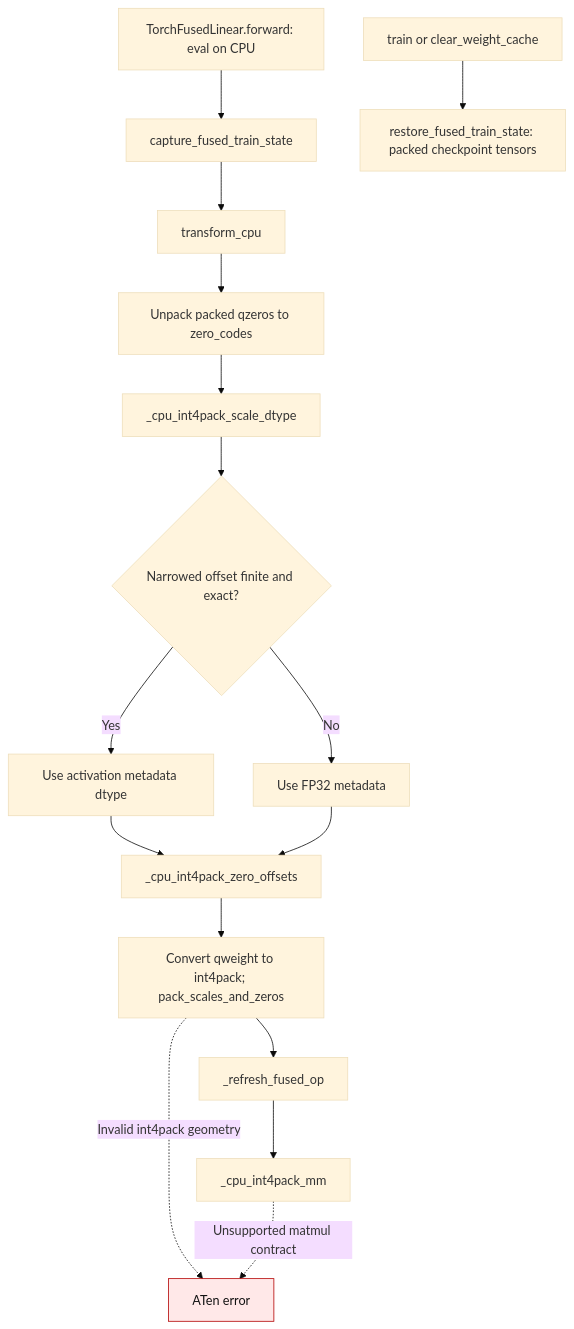
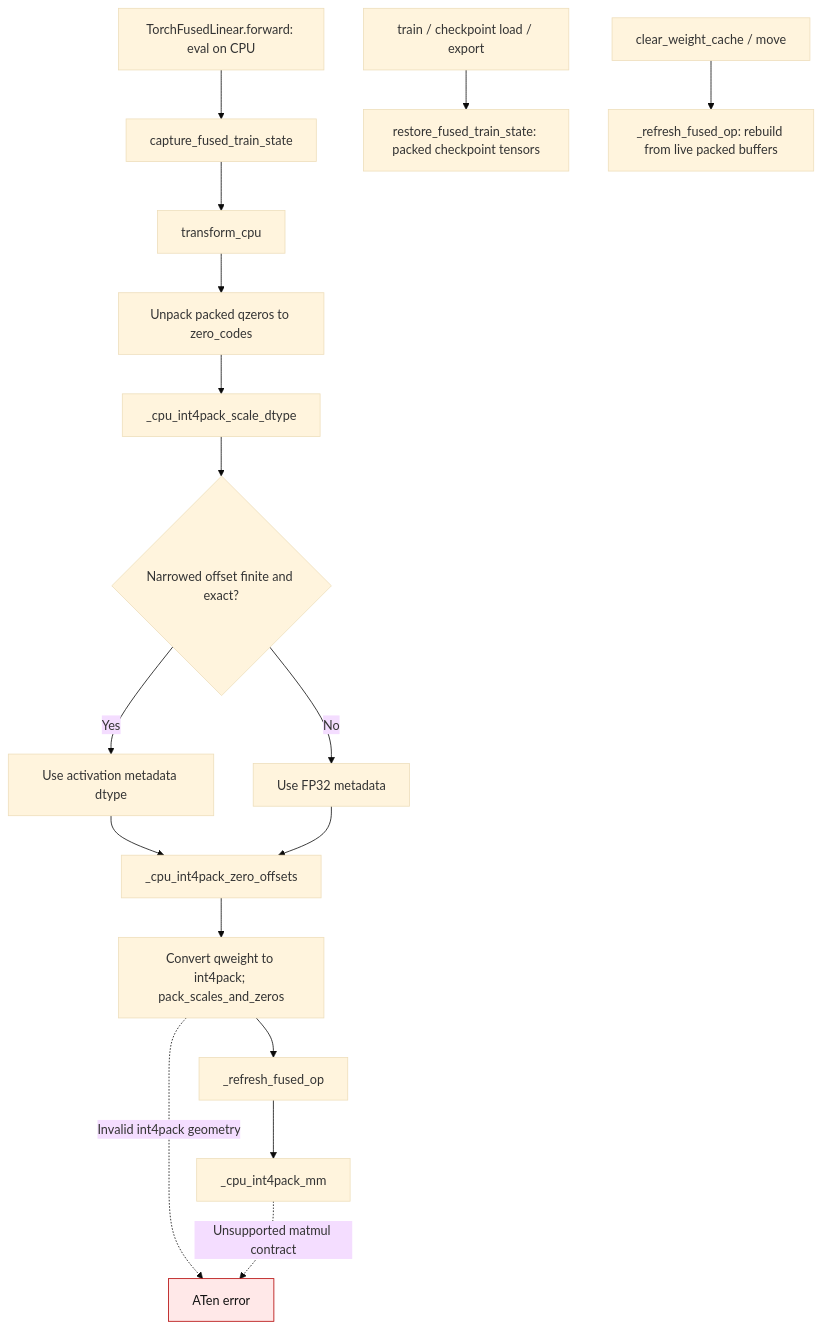
One commit to ModelCloud/GPTQModel changed the first of 5 diagrams in docs/torch_fused_int4_transformations.md. Above: the diagram before and after it, drawn with Mermaid (base theme). The commit also changed other lines of this file and 10 other files, not shown here.

First line of the commit message:
fix(cpu): keep packed buffers when clearing fused caches

````diff
--- a/docs/torch_fused_int4_transformations.md
+++ b/docs/torch_fused_int4_transformations.md
@@ -192,20 +192,21 @@
 ```mermaid
 flowchart TD
     A["TorchFusedLinear.forward: eval on CPU"] --> B["capture_fused_train_state"]
     B --> C["transform_cpu"]
     C --> D["Unpack packed qzeros to zero_codes"]
     D --> E["_cpu_int4pack_scale_dtype"]
     E --> F{"Narrowed offset finite and exact?"}
     F -- Yes --> G["Use activation metadata dtype"]
     F -- No --> H["Use FP32 metadata"]
     G --> I["_cpu_int4pack_zero_offsets"]
     H --> I
     I --> J["Convert qweight to int4pack; pack_scales_and_zeros"]
     J --> K["_refresh_fused_op"]
     K --> L["_cpu_int4pack_mm"]
     J -. Invalid int4pack geometry .-> X["ATen error"]
     L -. Unsupported matmul contract .-> X
-    M["train or clear_weight_cache"] --> N["restore_fused_train_state: packed checkpoint tensors"]
+    M["train / checkpoint load / export"] --> N["restore_fused_train_state: packed checkpoint tensors"]
+    O["clear_weight_cache / move"] --> P["_refresh_fused_op: rebuild from live packed buffers"]
     classDef failure fill:#ffe8e8,stroke:#b30000,color:#111;
     class X failure;
 ```
````
